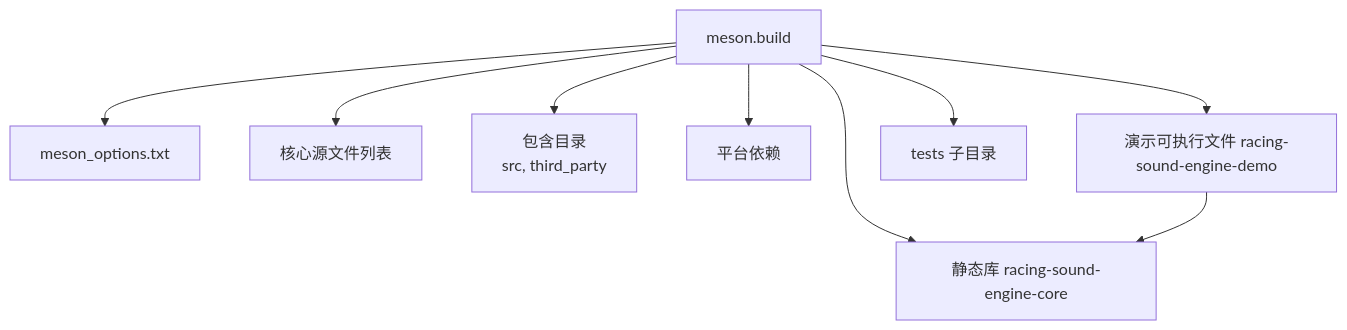
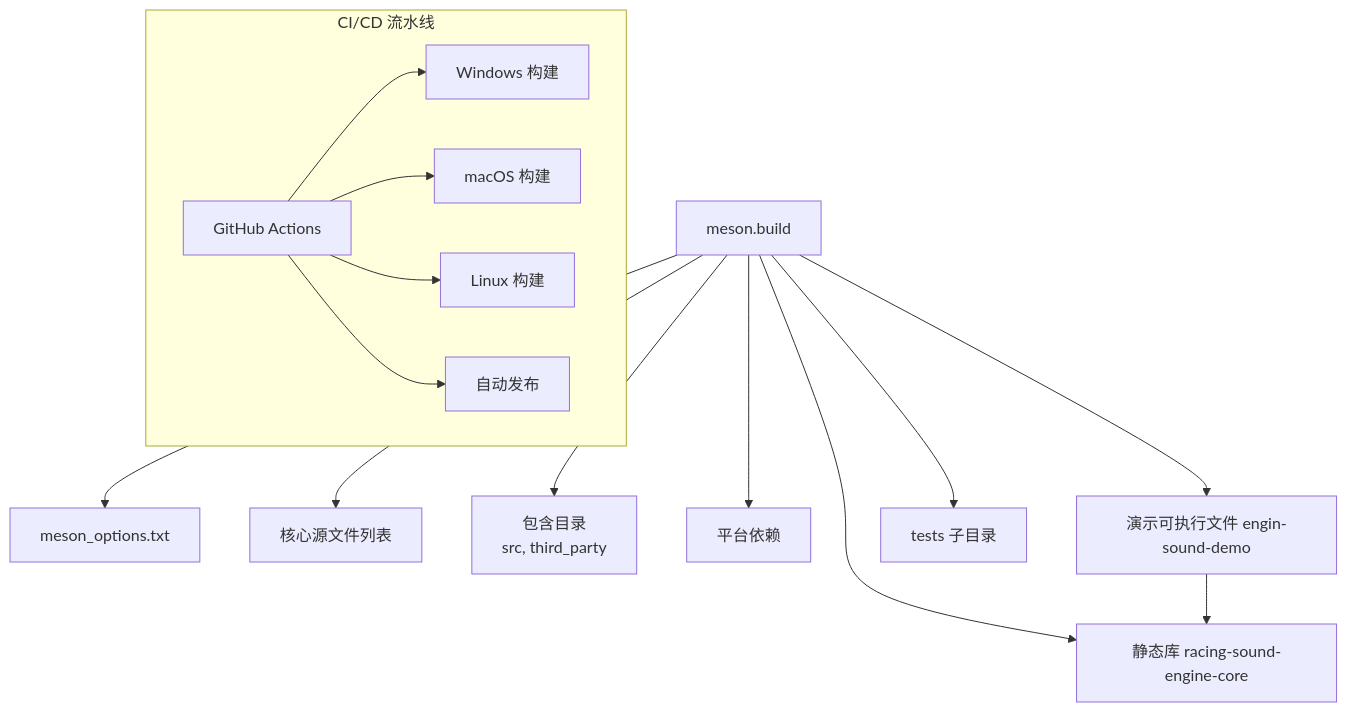
One commit to bangbangde/racing-sound-engine changed the fourth of 5 diagrams in .qoder/repowiki/zh/content/构建和部署配置.md. Above: the diagram before and after it, drawn with Mermaid. The commit also changed other lines of this file and 88 other files, not shown here.

````diff
--- a/.qoder/repowiki/zh/content/构建和部署配置.md
+++ b/.qoder/repowiki/zh/content/构建和部署配置.md
@@ -177,11 +203,17 @@
 ```mermaid
 graph TB
 MB["meson.build"] --> OPT["meson_options.txt"]
 MB --> CORE["核心源文件列表"]
 MB --> INC["包含目录<br/>src, third_party"]
 MB --> DEPS["平台依赖"]
 MB --> LIB["静态库 racing-sound-engine-core"]
-MB --> DEMO["演示可执行文件 racing-sound-engine-demo"]
+MB --> DEMO["演示可执行文件 engin-sound-demo"]
 MB --> TESTS["tests 子目录"]
 DEMO --> LIB
+subgraph "CI/CD 流水线"
+GA["GitHub Actions"] --> WIN["Windows 构建"]
+GA --> MAC["macOS 构建"]
+GA --> LIN["Linux 构建"]
+GA --> REL["自动发布"]
+end
 ```
````
